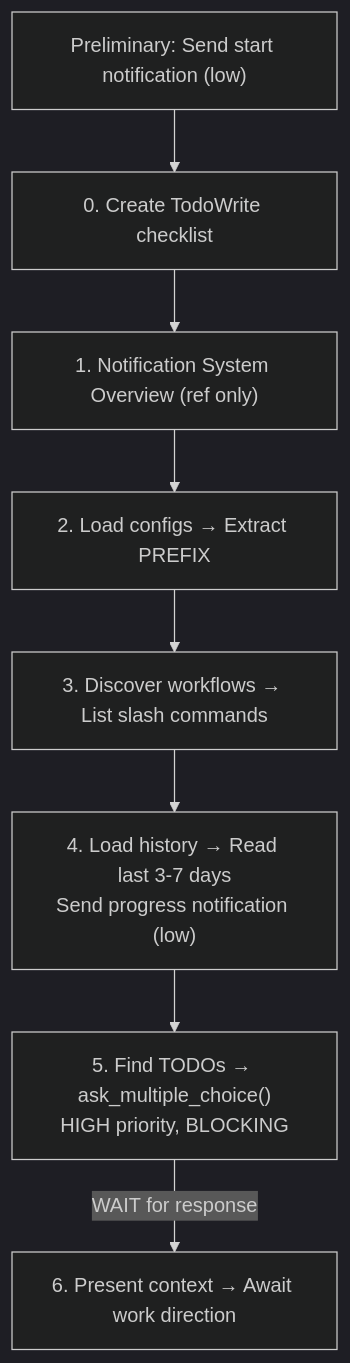
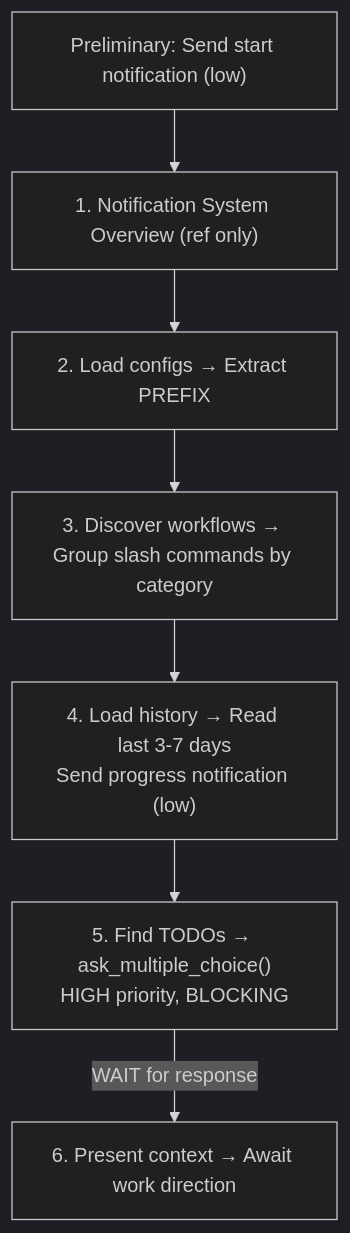
The diagram in workflow/session-start.md (deepily/planning-is-prompting), drawn with Mermaid (dark theme) before and after one commit. The commit also changed other lines of this file and 221 other files, not shown here.

````diff
--- a/workflow/session-start.md
+++ b/workflow/session-start.md
@@ -1688,10 +1470,9 @@
 ```mermaid
 flowchart TD
-    P["Preliminary: Send start notification (low)"] --> S0["0. Create TodoWrite checklist"]
-    S0 --> S1["1. Notification System Overview (ref only)"]
+    P["Preliminary: Send start notification (low)"] --> S1["1. Notification System Overview (ref only)"]
     S1 --> S2["2. Load configs → Extract PREFIX"]
-    S2 --> S3["3. Discover workflows → List slash commands"]
+    S2 --> S3["3. Discover workflows → Group slash commands by category"]
     S3 --> S4["4. Load history → Read last 3-7 days<br>Send progress notification (low)"]
     S4 --> S5["5. Find TODOs → ask_multiple_choice()<br>HIGH priority, BLOCKING"]
     S5 -->|WAIT for response| S6["6. Present context → Await work direction"]
 ```
````
